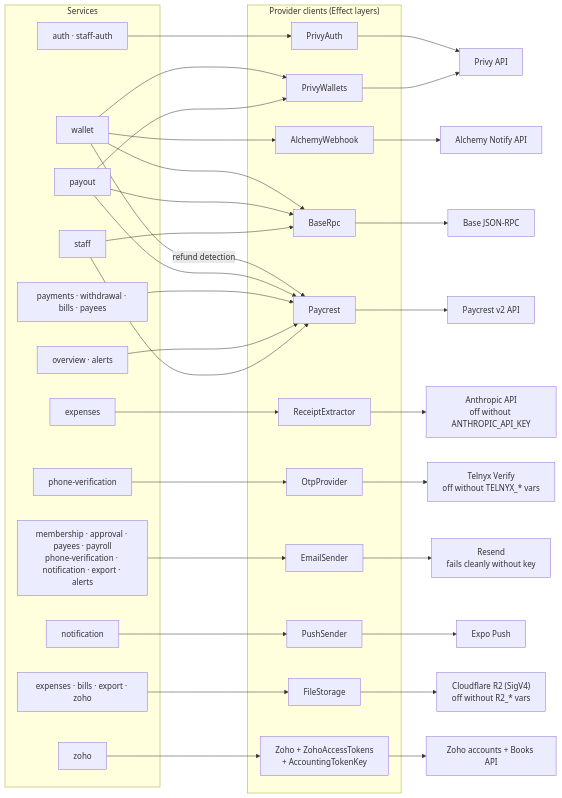
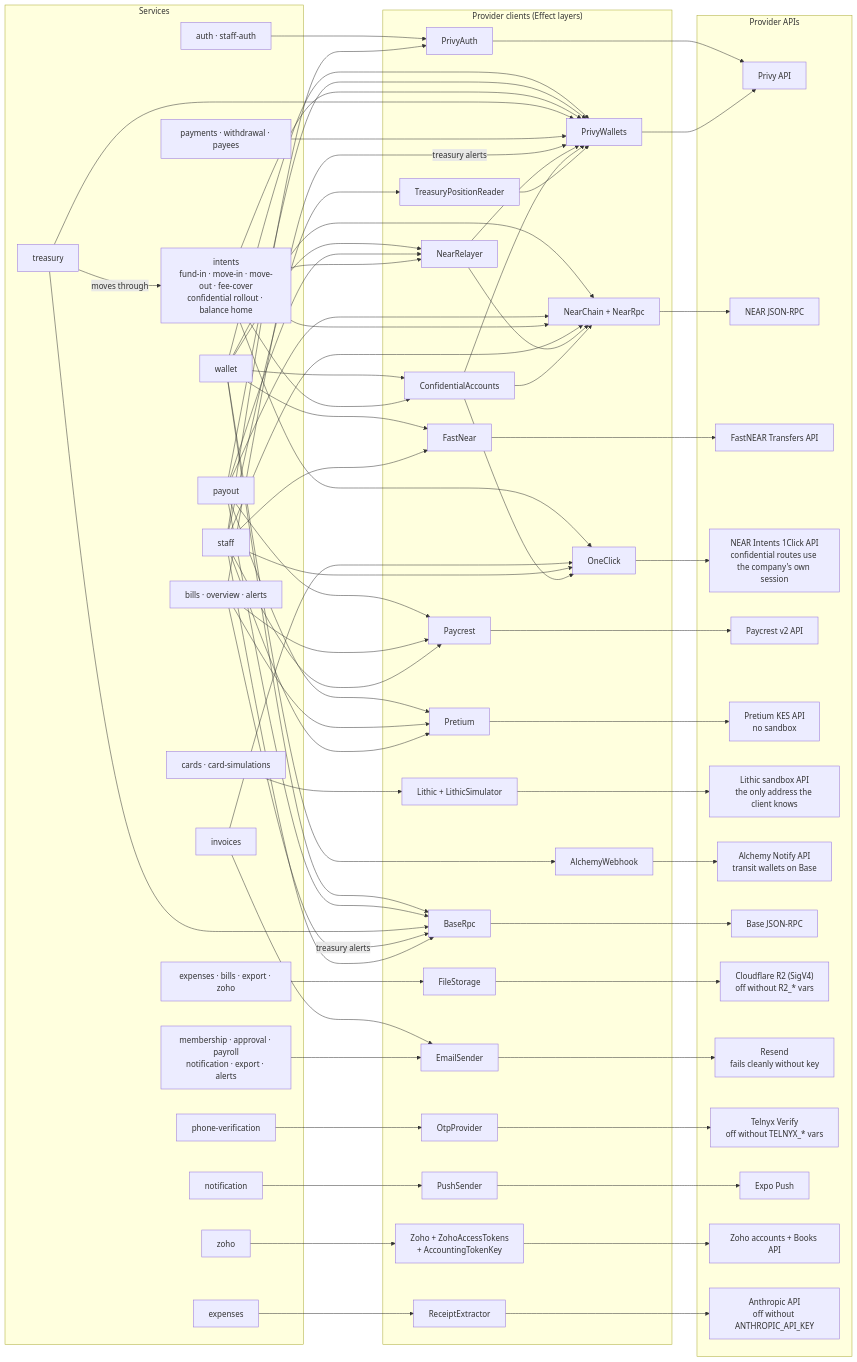
Before and after one commit to Expendi/Expendi-business: the diagram in docs/architecture/src/05-service-dependencies-provider-clients.mmd, drawn with Mermaid. The commit also changed 32 other files, not shown here.

First line of the commit message:
docs: redraw the architecture diagrams for NEAR and confidential accounts

```diff
--- a/docs/architecture/src/05-service-dependencies-provider-clients.mmd
+++ b/docs/architecture/src/05-service-dependencies-provider-clients.mmd
@@ -1,53 +1,98 @@
 flowchart LR
   subgraph Services["Services"]
     AUTHS["auth · staff-auth"]
     WALLET["wallet"]
     PAYOUT["payout"]
-    PAYMENTS["payments · withdrawal · bills · payees"]
-    OVER["overview · alerts"]
+    INTS["intents<br/>fund-in · move-in · move-out · fee-cover<br/>confidential rollout · balance home"]
+    TREAS["treasury"]
+    PAYMENTS["payments · withdrawal · payees"]
+    BILLS["bills · overview · alerts"]
+    CARDS["cards · card-simulations"]
+    INV["invoices"]
     EXP["expenses"]
     PV["phone-verification"]
-    MAILERS["membership · approval · payees · payroll<br/>phone-verification · notification · export · alerts"]
+    MAILERS["membership · approval · payroll<br/>notification · export · alerts"]
     NOTIF["notification"]
     FILES["expenses · bills · export · zoho"]
     ZOHOS["zoho"]
     STAFF["staff"]
   end
 
   subgraph Clients["Provider clients (Effect layers)"]
     PRIVYA["PrivyAuth"]
     PRIVYW["PrivyWallets"]
+    NCHAIN["NearChain + NearRpc"]
+    NREL["NearRelayer"]
+    FNEAR["FastNear"]
+    ONEC["OneClick"]
+    CONFA["ConfidentialAccounts"]
     PAYC["Paycrest"]
+    PRET["Pretium"]
+    LITH["Lithic + LithicSimulator"]
     ALC["AlchemyWebhook"]
     RPC["BaseRpc"]
+    TPR["TreasuryPositionReader"]
     FS["FileStorage"]
     MAIL["EmailSender"]
     OTP["OtpProvider"]
     PUSH["PushSender"]
     ZC["Zoho + ZohoAccessTokens<br/>+ AccountingTokenKey"]
     RX["ReceiptExtractor"]
   end
 
   AUTHS --> PRIVYA
-  WALLET --> PRIVYW & ALC & RPC
-  WALLET -- "refund detection" --> PAYC
-  PAYOUT --> PRIVYW & PAYC & RPC
-  PAYMENTS & OVER --> PAYC
-  STAFF --> PAYC & RPC
+  WALLET --> PRIVYW & NREL & NCHAIN & FNEAR & CONFA & ALC & RPC
+  PAYOUT --> PRIVYW & NREL & NCHAIN & RPC & PAYC & PRET
+  INTS --> ONEC & CONFA & NREL & NCHAIN & PRIVYW
+  TREAS --> PRIVYW & RPC
+  TREAS -- "moves through" --> INTS
+  PAYMENTS --> PRIVYW
+  BILLS --> PAYC & PRET
+  BILLS -- "treasury alerts" --> PRIVYW & RPC
+  CARDS --> LITH
+  INV --> ONEC & MAIL
+  STAFF --> PRIVYA & PAYC & PRET & RPC & NCHAIN & FNEAR & ONEC & TPR
   EXP --> RX
   FILES --> FS
   MAILERS --> MAIL
   PV --> OTP
   NOTIF --> PUSH
   ZOHOS --> ZC
 
-  PRIVYA & PRIVYW --> PRIVY["Privy API"]
-  PAYC --> PCAPI["Paycrest v2 API"]
-  ALC --> ALAPI["Alchemy Notify API"]
-  RPC --> BASEAPI["Base JSON-RPC"]
-  FS --> R2["Cloudflare R2 (SigV4)<br/>off without R2_* vars"]
-  MAIL --> RES["Resend<br/>fails cleanly without key"]
-  OTP --> TEL["Telnyx Verify<br/>off without TELNYX_* vars"]
-  PUSH --> EXPO["Expo Push"]
-  ZC --> ZAPI["Zoho accounts + Books API"]
-  RX --> CL["Anthropic API<br/>off without ANTHROPIC_API_KEY"]
+  NREL --> PRIVYW & NCHAIN
+  CONFA --> PRIVYW & NCHAIN & ONEC
+  TPR --> PRIVYW
+
+  subgraph APIs["Provider APIs"]
+    PRIVY["Privy API"]
+    NEARAPI["NEAR JSON-RPC"]
+    FNAPI["FastNEAR Transfers API"]
+    OCAPI["NEAR Intents 1Click API<br/>confidential routes use the company's own session"]
+    PCAPI["Paycrest v2 API"]
+    PRAPI["Pretium KES API<br/>no sandbox"]
+    LIAPI["Lithic sandbox API<br/>the only address the client knows"]
+    ALAPI["Alchemy Notify API<br/>transit wallets on Base"]
+    BASEAPI["Base JSON-RPC"]
+    R2["Cloudflare R2 (SigV4)<br/>off without R2_* vars"]
+    RES["Resend<br/>fails cleanly without key"]
+    TEL["Telnyx Verify<br/>off without TELNYX_* vars"]
+    EXPO["Expo Push"]
+    ZAPI["Zoho accounts + Books API"]
+    CL["Anthropic API<br/>off without ANTHROPIC_API_KEY"]
+  end
+
+  PRIVYA & PRIVYW --> PRIVY
+  NCHAIN --> NEARAPI
+  FNEAR --> FNAPI
+  ONEC --> OCAPI
+  PAYC --> PCAPI
+  PRET --> PRAPI
+  LITH --> LIAPI
+  ALC --> ALAPI
+  RPC --> BASEAPI
+  FS --> R2
+  MAIL --> RES
+  OTP --> TEL
+  PUSH --> EXPO
+  ZC --> ZAPI
+  RX --> CL
```
